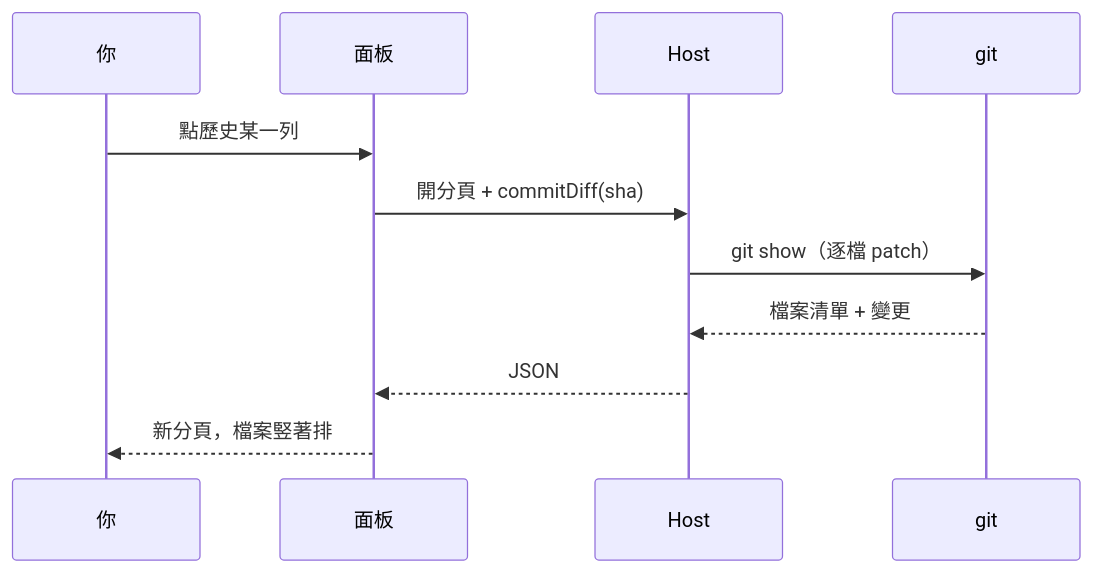
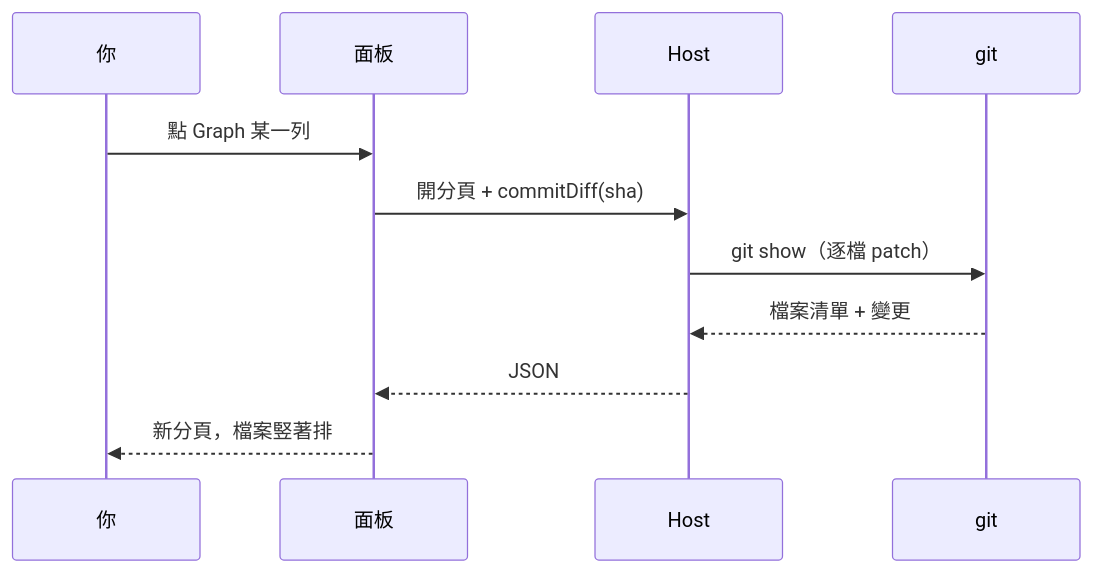
The third of 5 diagrams in README.md (ET921/dsh-git-management), drawn with Mermaid before and after one commit. The commit also changed other lines of this file and 12 other files, not shown here.

First line of the commit message:
feat/graph-collaboration : 顯示同事分支並修好按鈕字色

````diff
--- a/README.md
+++ b/README.md
@@ -96,13 +96,13 @@
 ```mermaid
 sequenceDiagram
   participant U as 你
   participant P as 面板
   participant H as Host
   participant G as git
-  U->>P: 點歷史某一列
+  U->>P: 點 Graph 某一列
   P->>H: 開分頁 + commitDiff(sha)
   H->>G: git show（逐檔 patch）
   G-->>H: 檔案清單 + 變更
   H-->>P: JSON
   P-->>U: 新分頁，檔案竪著排
 ```
````
